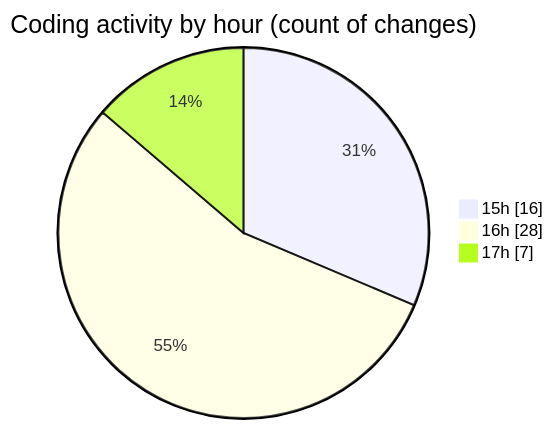
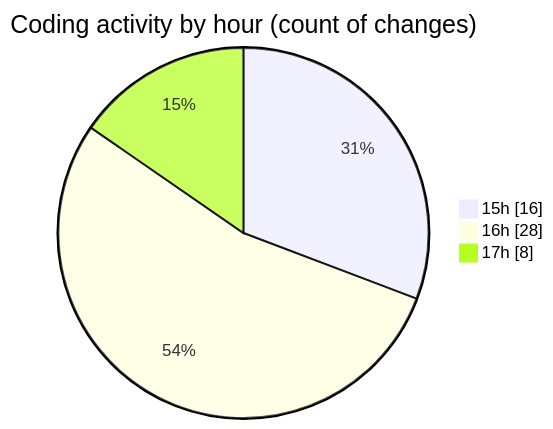
One commit to mevix1/code-tracking changed the second of 2 diagrams in 2025-10-01/oura-api/README.md. Above: the diagram before and after it, drawn with Mermaid. The commit also changed other lines of this file and 1 other file, not shown here.

````diff
--- a/2025-10-01/oura-api/README.md
+++ b/2025-10-01/oura-api/README.md
@@ -63,7 +63,7 @@
 ```mermaid
 pie showData
 title Coding activity by hour (count of changes)
 "15h" : 16
 "16h" : 28
-"17h" : 7
+"17h" : 8
 ```
````
